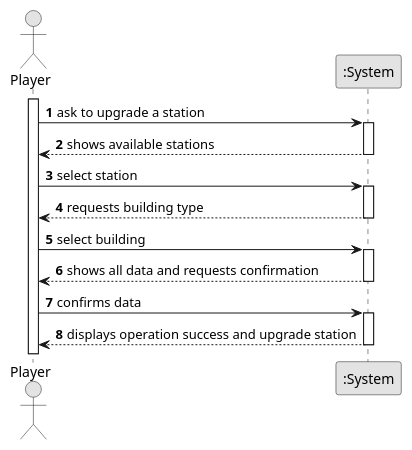
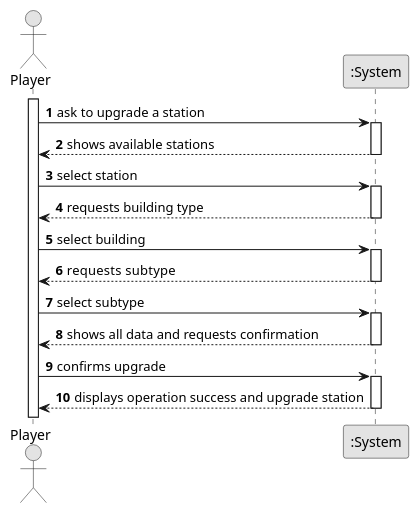
One commit to Andremonteiro1240850/railway_simulator changed the diagram in docs/system-documentation/US06/01.requirements-engineering.us06/puml/us06Diagram-ssd.puml. Above: the diagram before and after it, drawn with PlantUML. The commit also changed 15 other files, not shown here.

```diff
--- a/docs/system-documentation/US06/01.requirements-engineering.us06/puml/us06Diagram-ssd.puml
+++ b/docs/system-documentation/US06/01.requirements-engineering.us06/puml/us06Diagram-ssd.puml
@@ -1,36 +1,42 @@
 @startuml
 skinparam monochrome true
 skinparam packageStyle rectangle
 skinparam shadowing false
 
 autonumber
 
 actor "Player" as Employee
 participant ":System" as System
 
 activate Employee
 
     Employee -> System : ask to upgrade a station
     activate System
 
         System --> Employee : shows available stations
     deactivate System
 
     Employee -> System : select station
     activate System
 
         System --> Employee : requests building type
     deactivate System
 
     Employee -> System : select building
+
     activate System
+     System --> Employee : requests  subtype
+        deactivate System
+
+        Employee -> System : select subtype
+        activate System
 
         System --> Employee : shows all data and requests confirmation
     deactivate System
 
-    Employee -> System : confirms data
+    Employee -> System : confirms upgrade
     activate System
 
         System --> Employee : displays operation success and upgrade station
     deactivate System
 @enduml
```
